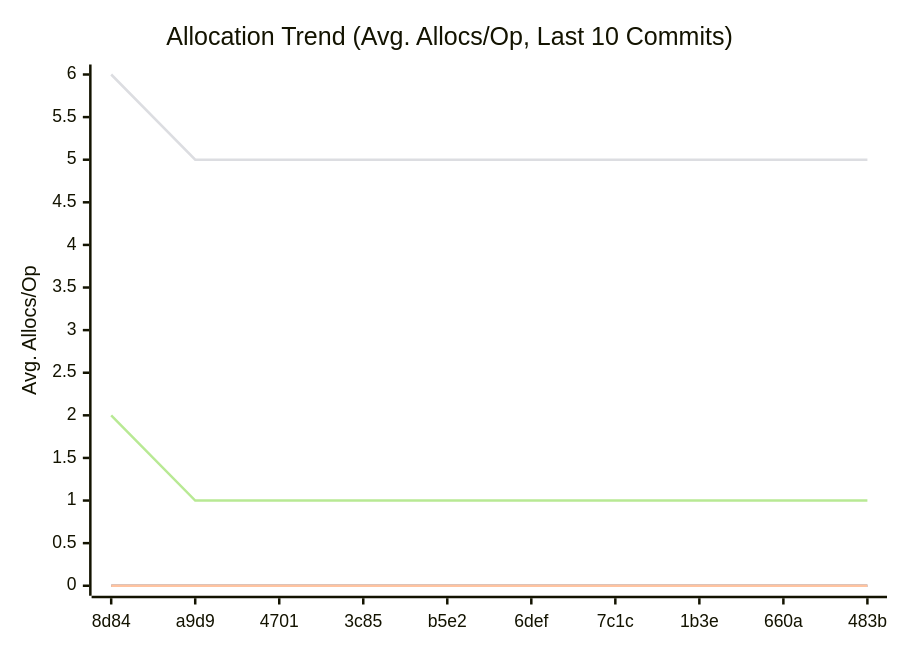
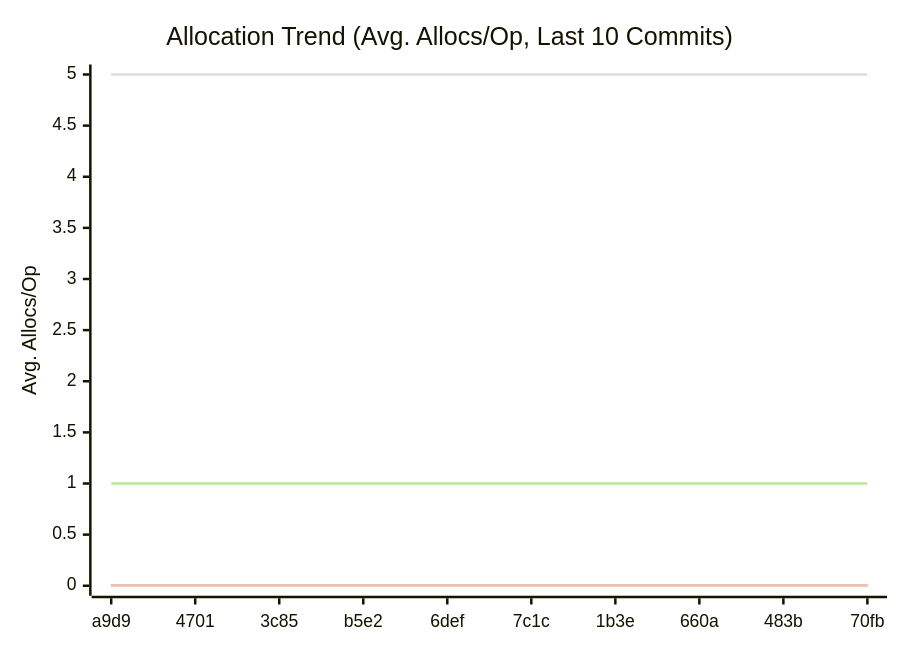
The third of 3 diagrams in doc/README.md (alsotoes/momo), drawn with Mermaid before and after one commit. The commit also changed other lines of this file and 1 other file, not shown here.

````diff
--- a/doc/README.md
+++ b/doc/README.md
@@ -316,12 +316,12 @@
 ```mermaid
 xychart-beta
     title "Allocation Trend (Avg. Allocs/Op, Last 10 Commits)"
     x-axis "Commit"
     y-axis "Avg. Allocs/Op"
-    x-axis [8d84,a9d9,4701,3c85,b5e2,6def,7c1c,1b3e,660a,483b]
+    x-axis [a9d9,4701,3c85,b5e2,6def,7c1c,1b3e,660a,483b,70fb]
     line "CheckMetricsAndSwap" [0,0,0,0,0,0,0,0,0,0]
     line "IndexDirectTracking" [0,0,0,0,0,0,0,0,0,0]
     line "IndexSearch" [0,0,0,0,0,0,0,0,0,0]
-    line "ParseReplicationOrder_NoPrealloc" [6,5,5,5,5,5,5,5,5,5]
-    line "ParseReplicationOrder_Prealloc" [2,1,1,1,1,1,1,1,1,1]
+    line "ParseReplicationOrder_NoPrealloc" [5,5,5,5,5,5,5,5,5,5]
+    line "ParseReplicationOrder_Prealloc" [1,1,1,1,1,1,1,1,1,1]
 ```
````
